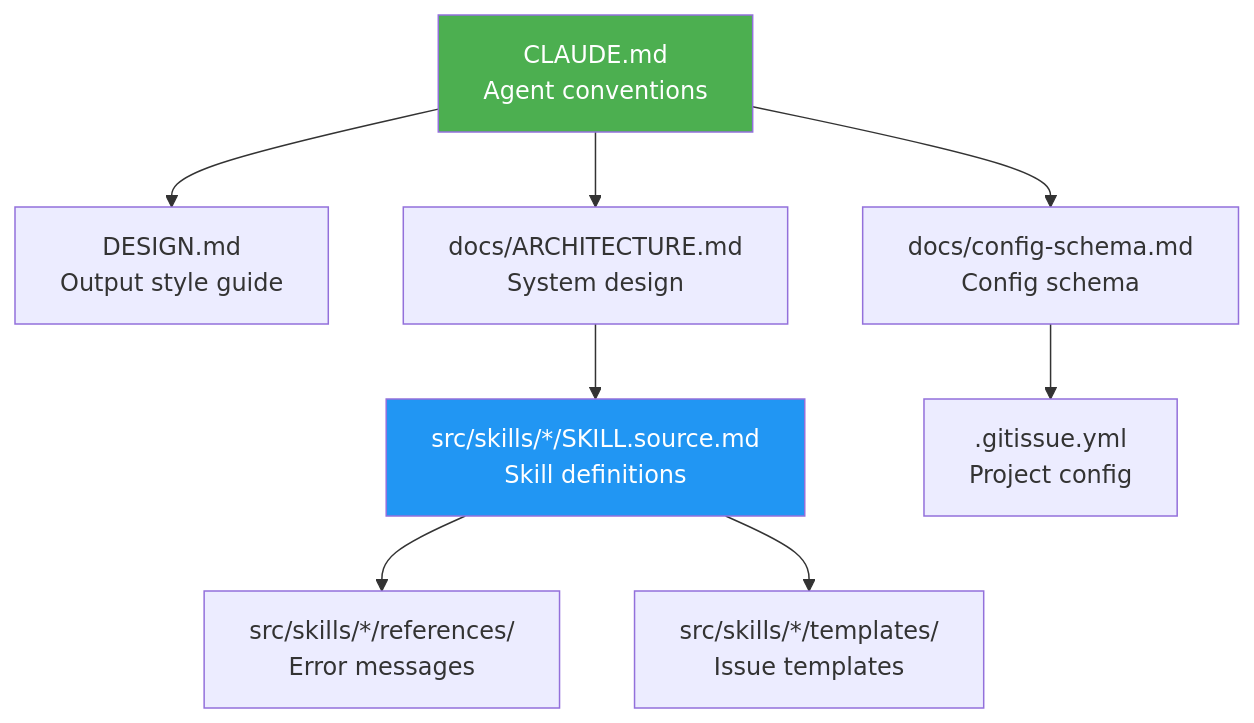
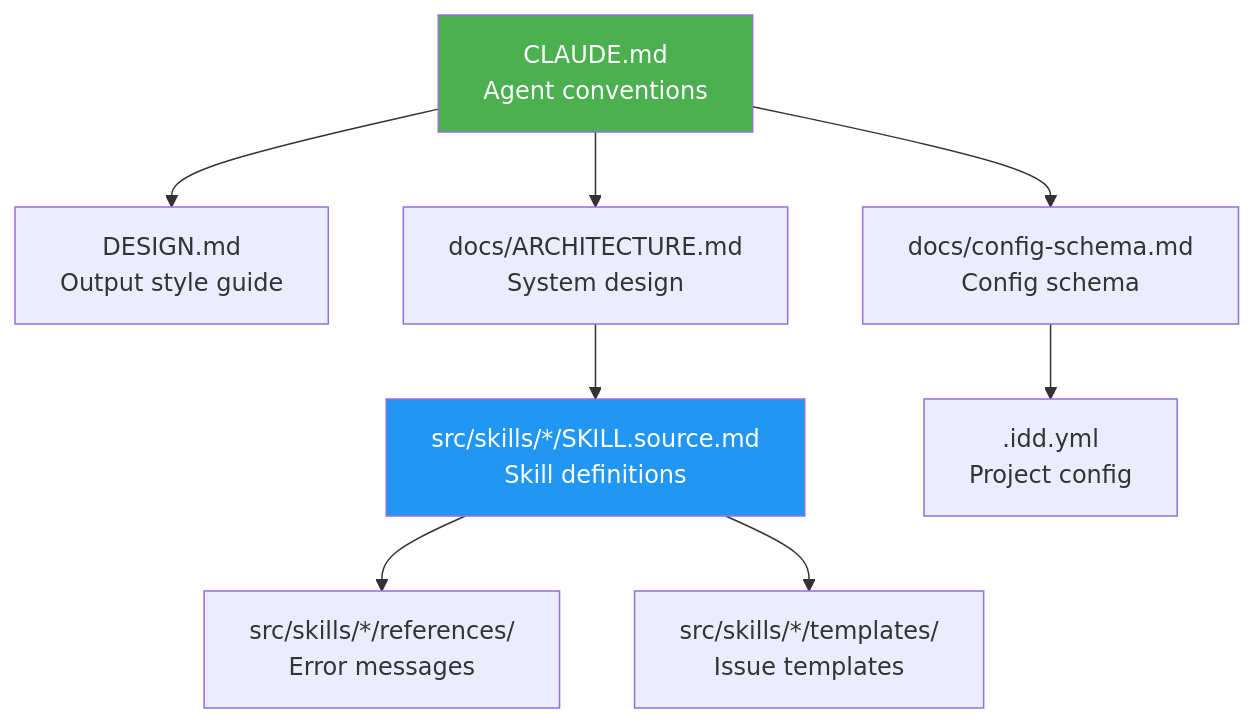
One commit to luongnv89/idd changed the third of 3 diagrams in docs/DEVELOPMENT.md. Above: the diagram before and after it, drawn with Mermaid. The commit also changed other lines of this file and 370 other files, not shown here.

First line of the commit message:
refactor(naming): rename gitissue to idd across config, init skill, and references (#537) (#538)

````diff
--- a/docs/DEVELOPMENT.md
+++ b/docs/DEVELOPMENT.md
@@ -338,13 +338,13 @@
 ```mermaid
 graph TD
     CM["CLAUDE.md<br/>Agent conventions"] --> DM["DESIGN.md<br/>Output style guide"]
     CM --> CS["docs/config-schema.md<br/>Config schema"]
     CM --> AR["docs/ARCHITECTURE.md<br/>System design"]
     AR --> SK["src/skills/*/SKILL.source.md<br/>Skill definitions"]
     SK --> EM["src/skills/*/references/<br/>Error messages"]
     SK --> TM["src/skills/*/templates/<br/>Issue templates"]
-    CS --> GY[".gitissue.yml<br/>Project config"]
+    CS --> GY[".idd.yml<br/>Project config"]
 
     style CM fill:#4CAF50,color:#fff
     style SK fill:#2196F3,color:#fff
 ```
````
